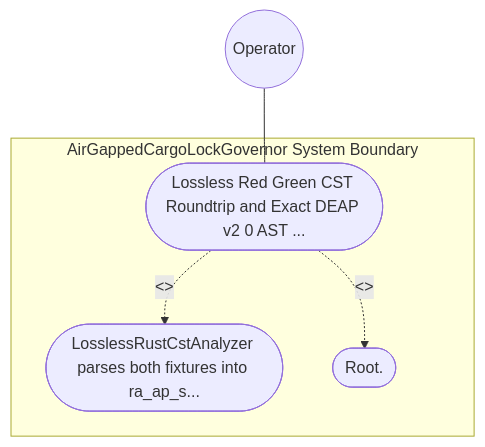
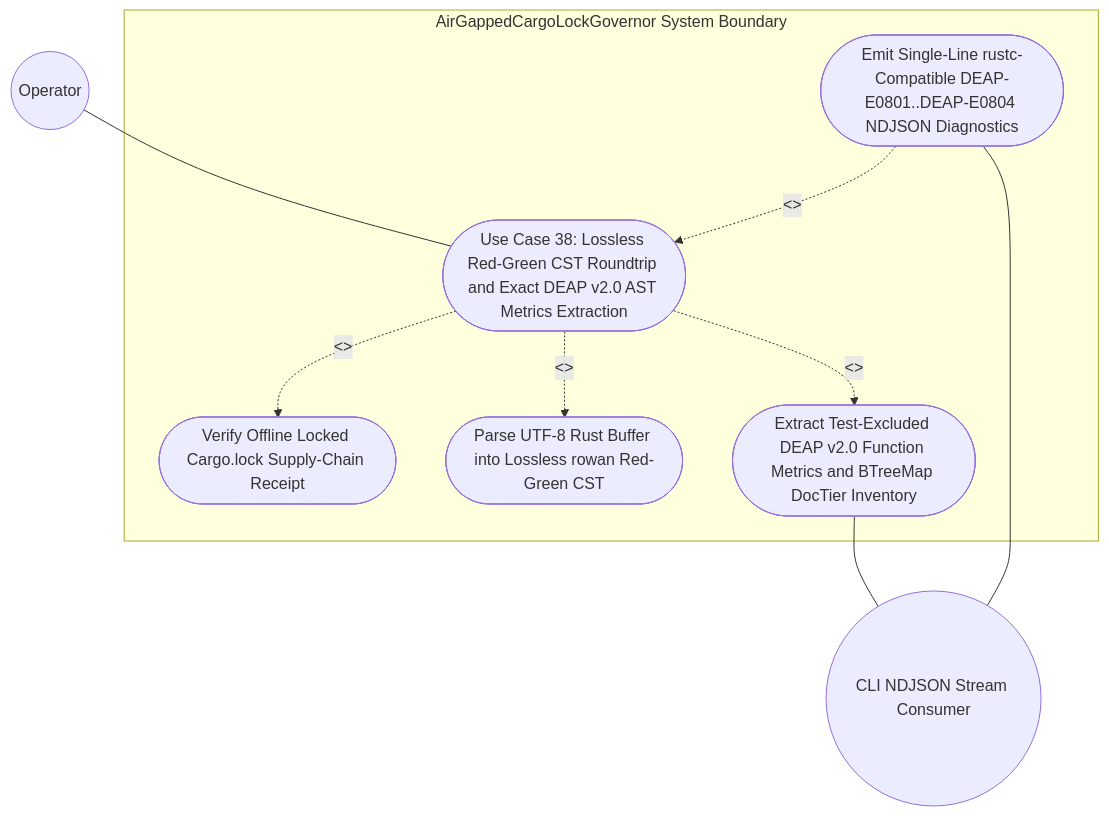
The diagram in .pipeline/upstream/docs/use-cases/UC-38-Lossless_Red_Green_CST_Roundtrip_and_Exact_DEAP_v2_0_AST_Metrics_Extraction.md (gintatkinson/DEAP01-spec-core), drawn with Mermaid before and after one commit. The commit also changed other lines of this file and 3 other files, not shown here.

````diff
--- a/.pipeline/upstream/docs/use-cases/UC-38-Lossless_Red_Green_CST_Roundtrip_and_Exact_DEAP_v2_0_AST_Metrics_Extraction.md
+++ b/.pipeline/upstream/docs/use-cases/UC-38-Lossless_Red_Green_CST_Roundtrip_and_Exact_DEAP_v2_0_AST_Metrics_Extraction.md
@@ -16,11 +21,17 @@
 ```mermaid
 graph TD
     subgraph "AirGappedCargoLockGovernor System Boundary"
-        UC_Main(["Lossless Red Green CST Roundtrip and Exact DEAP v2 0 AST ..."])
-        UC_Step01(["LosslessRustCstAnalyzer parses both fixtures into ra_ap_s..."])
-        UC_Step02(["Root."])
+        UC_Main(["Use Case 38: Lossless Red-Green CST Roundtrip and Exact DEAP v2.0 AST Metrics Extraction"])
+        UC_Lock(["Verify Offline Locked Cargo.lock Supply-Chain Receipt"])
+        UC_Cst(["Parse UTF-8 Rust Buffer into Lossless rowan Red-Green CST"])
+        UC_Metrics(["Extract Test-Excluded DEAP v2.0 Function Metrics and BTreeMap DocTier Inventory"])
+        UC_Ndjson(["Emit Single-Line rustc-Compatible DEAP-E0801..DEAP-E0804 NDJSON Diagnostics"])
     end
     Operator(("Operator")) --- UC_Main
-    UC_Main -. "<<include>>" .-> UC_Step01
-    UC_Main -. "<<include>>" .-> UC_Step02
+    UC_Main -. "<<include>>" .-> UC_Lock
+    UC_Main -. "<<include>>" .-> UC_Cst
+    UC_Main -. "<<include>>" .-> UC_Metrics
+    UC_Ndjson -. "<<extend>>" .-> UC_Main
+    UC_Metrics --- CliConsumer(("CLI NDJSON Stream Consumer"))
+    UC_Ndjson --- CliConsumer
 ```
````
